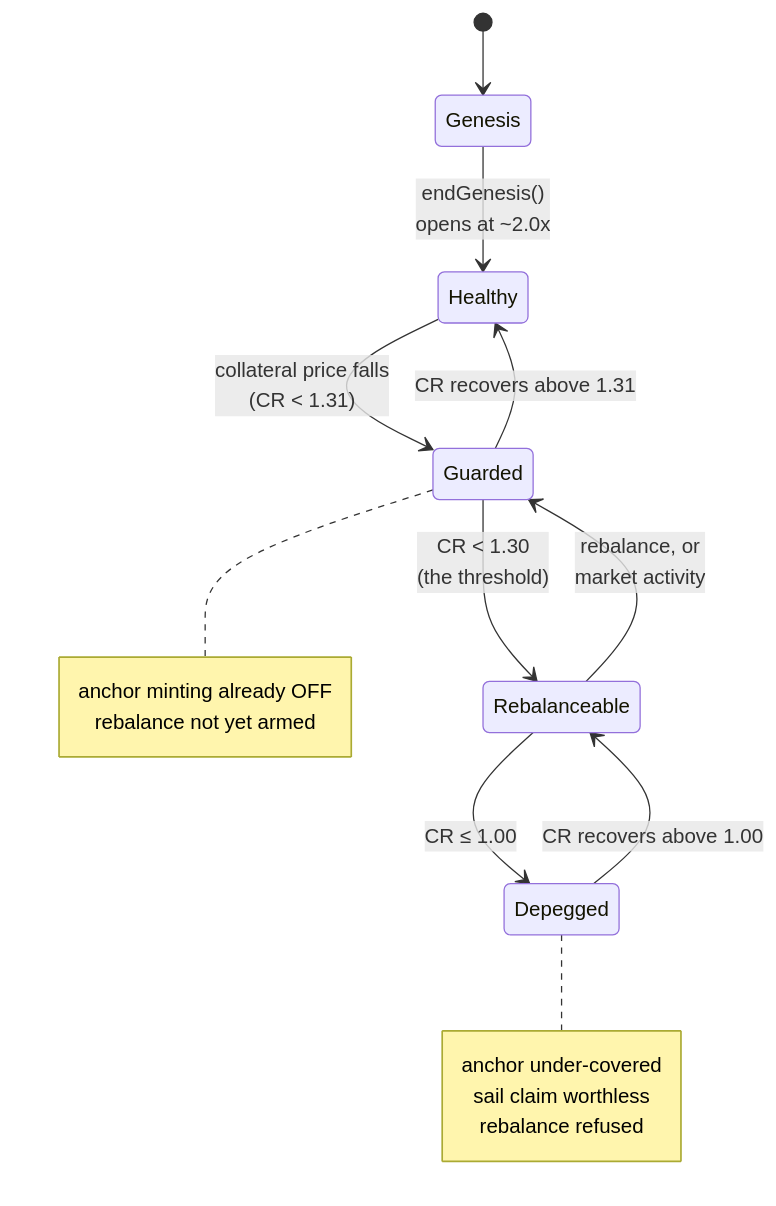
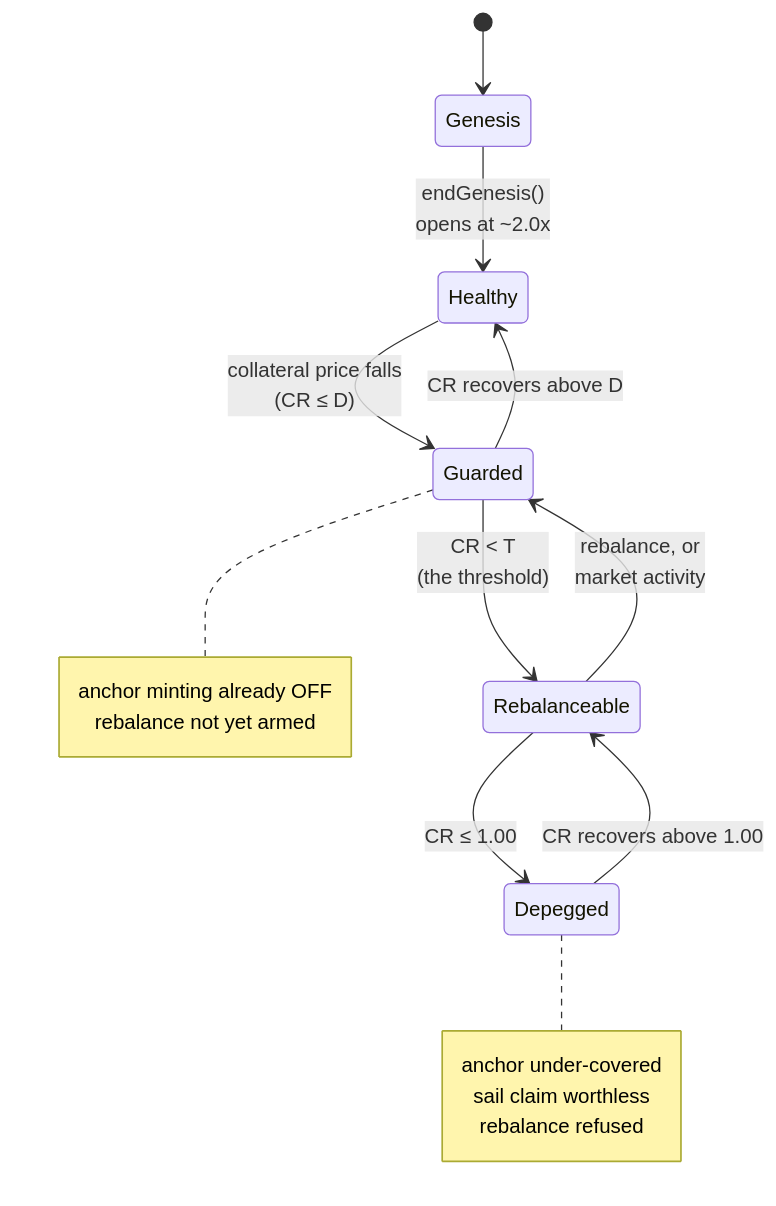
One commit to baofinance/harbor changed diagram 16 of 16 in doc/functional-spec.md. Above: the diagram before and after it, drawn with Mermaid. The commit also changed other lines of this file and 1 other file, not shown here.

````diff
--- a/doc/functional-spec.md
+++ b/doc/functional-spec.md
@@ -2559,22 +2601,22 @@
 ```mermaid
 stateDiagram-v2
     [*] --> Genesis
     Genesis --> Healthy: endGenesis()<br/>opens at ~2.0x
 
-    Healthy --> Guarded: collateral price falls<br/>(CR < 1.31)
-    Guarded --> Healthy: CR recovers above 1.31
-    Guarded --> Rebalanceable: CR < 1.30<br/>(the threshold)
+    Healthy --> Guarded: collateral price falls<br/>(CR ≤ D)
+    Guarded --> Healthy: CR recovers above D
+    Guarded --> Rebalanceable: CR < T<br/>(the threshold)
     Rebalanceable --> Guarded: rebalance, or<br/>market activity
     Rebalanceable --> Depegged: CR ≤ 1.00
     Depegged --> Rebalanceable: CR recovers above 1.00
 
     note right of Guarded
         anchor minting already OFF
         rebalance not yet armed
     end note
     note right of Depegged
         anchor under-covered
         sail claim worthless
         rebalance refused
     end note
 ```
````
